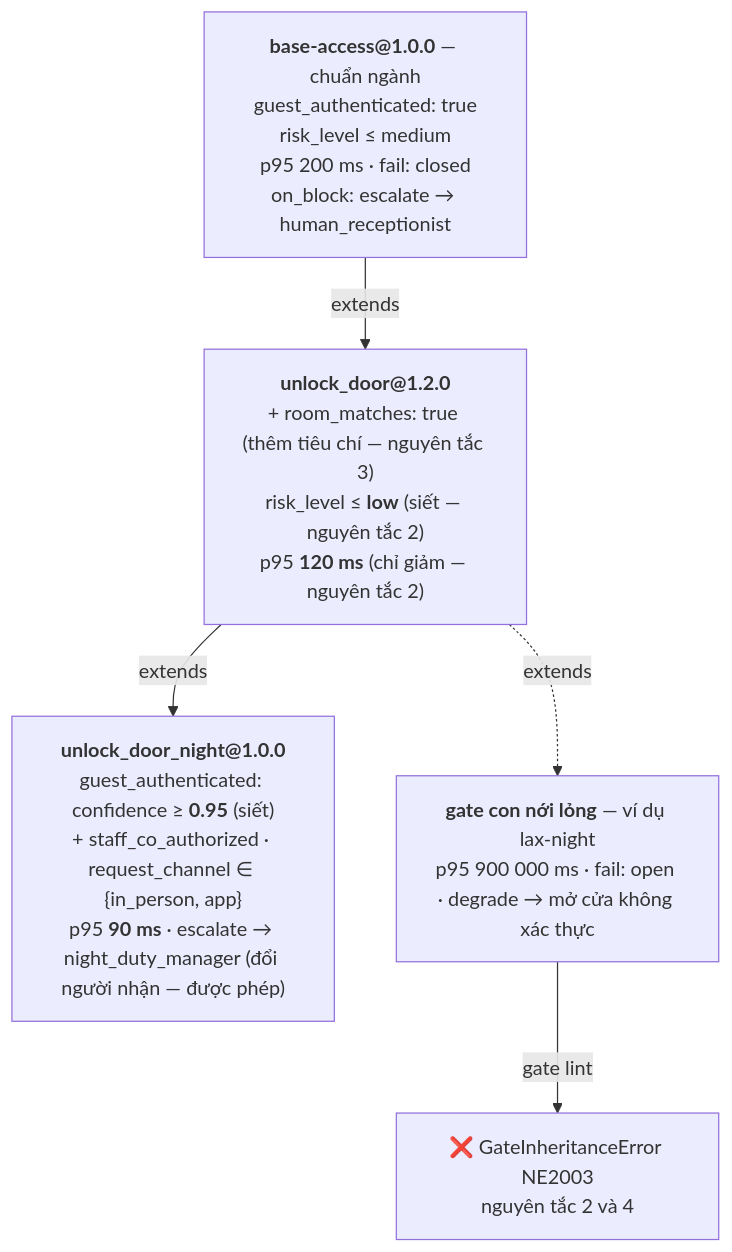
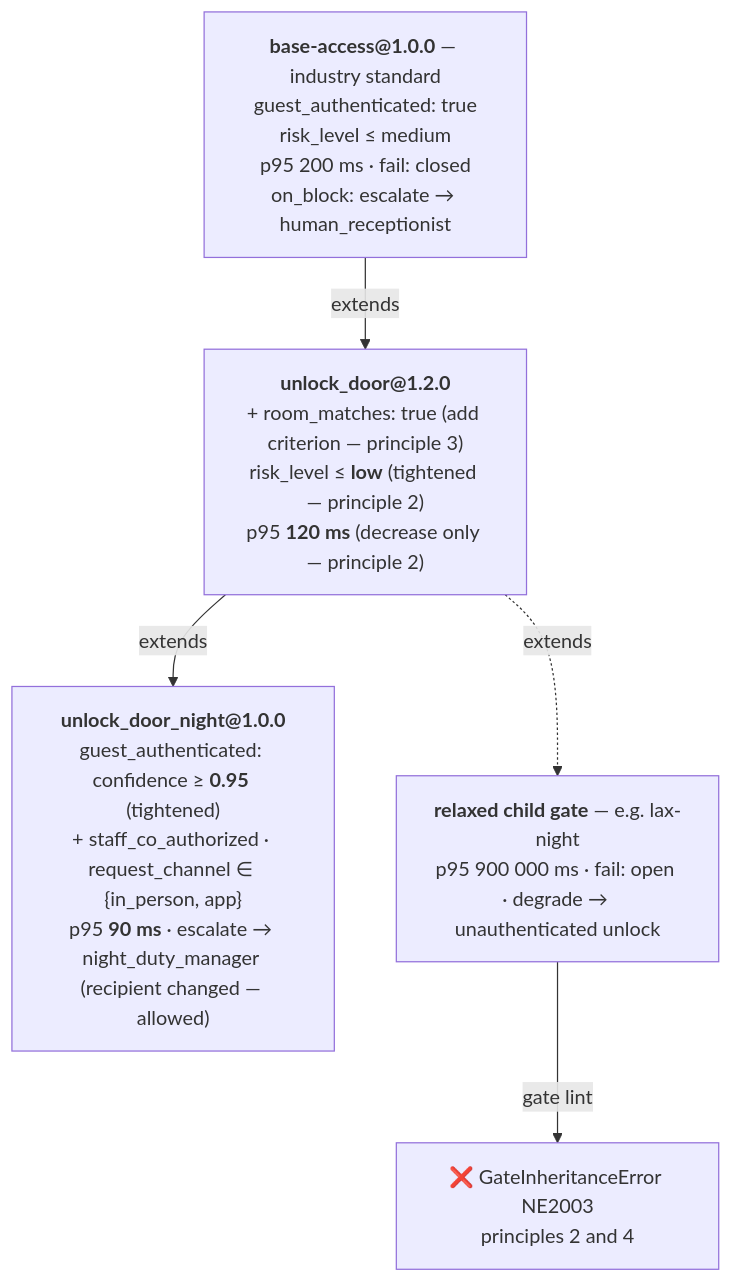
One commit to letrongminh/neuroedge-init changed the diagram in docs/spec/core_contracts.md. Above: the diagram before and after it, drawn with Mermaid. The commit also changed other lines of this file and 57 other files, not shown here.

Commit message:
docs in English: spec, architecture 00-05, RFCs, user docs, kits, partner guides, demos, reports, Blueprint proposal

````diff
--- a/docs/spec/core_contracts.md
+++ b/docs/spec/core_contracts.md
@@ -440,10 +440,10 @@
 ```mermaid
 flowchart TD
-    B["<b>base-access@1.0.0</b> — chuẩn ngành<br/>guest_authenticated: true<br/>risk_level ≤ medium<br/>p95 200 ms · fail: closed<br/>on_block: escalate → human_receptionist"]
-    U["<b>unlock_door@1.2.0</b><br/>+ room_matches: true (thêm tiêu chí — nguyên tắc 3)<br/>risk_level ≤ <b>low</b> (siết — nguyên tắc 2)<br/>p95 <b>120 ms</b> (chỉ giảm — nguyên tắc 2)"]
-    N["<b>unlock_door_night@1.0.0</b><br/>guest_authenticated: confidence ≥ <b>0.95</b> (siết)<br/>+ staff_co_authorized · request_channel ∈ {in_person, app}<br/>p95 <b>90 ms</b> · escalate → night_duty_manager (đổi người nhận — được phép)"]
-    X["<b>gate con nới lỏng</b> — ví dụ lax-night<br/>p95 900 000 ms · fail: open · degrade → mở cửa không xác thực"]
+    B["<b>base-access@1.0.0</b> — industry standard<br/>guest_authenticated: true<br/>risk_level ≤ medium<br/>p95 200 ms · fail: closed<br/>on_block: escalate → human_receptionist"]
+    U["<b>unlock_door@1.2.0</b><br/>+ room_matches: true (add criterion — principle 3)<br/>risk_level ≤ <b>low</b> (tightened — principle 2)<br/>p95 <b>120 ms</b> (decrease only — principle 2)"]
+    N["<b>unlock_door_night@1.0.0</b><br/>guest_authenticated: confidence ≥ <b>0.95</b> (tightened)<br/>+ staff_co_authorized · request_channel ∈ {in_person, app}<br/>p95 <b>90 ms</b> · escalate → night_duty_manager (recipient changed — allowed)"]
+    X["<b>relaxed child gate</b> — e.g. lax-night<br/>p95 900 000 ms · fail: open · degrade → unauthenticated unlock"]
     B -->|extends| U -->|extends| N
     U -. extends .-> X
-    X -->|gate lint| R["❌ GateInheritanceError NE2003<br/>nguyên tắc 2 và 4"]
+    X -->|gate lint| R["❌ GateInheritanceError NE2003<br/>principles 2 and 4"]
 ```
````
